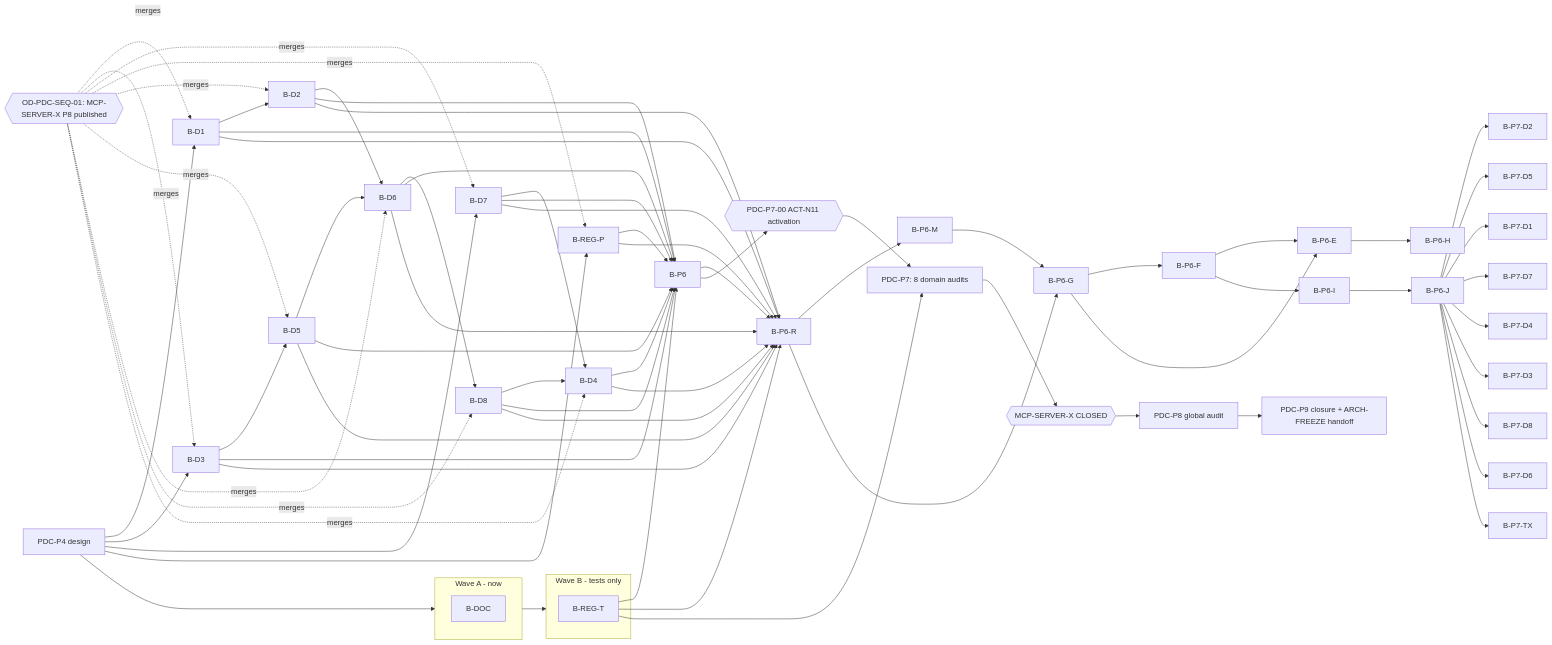
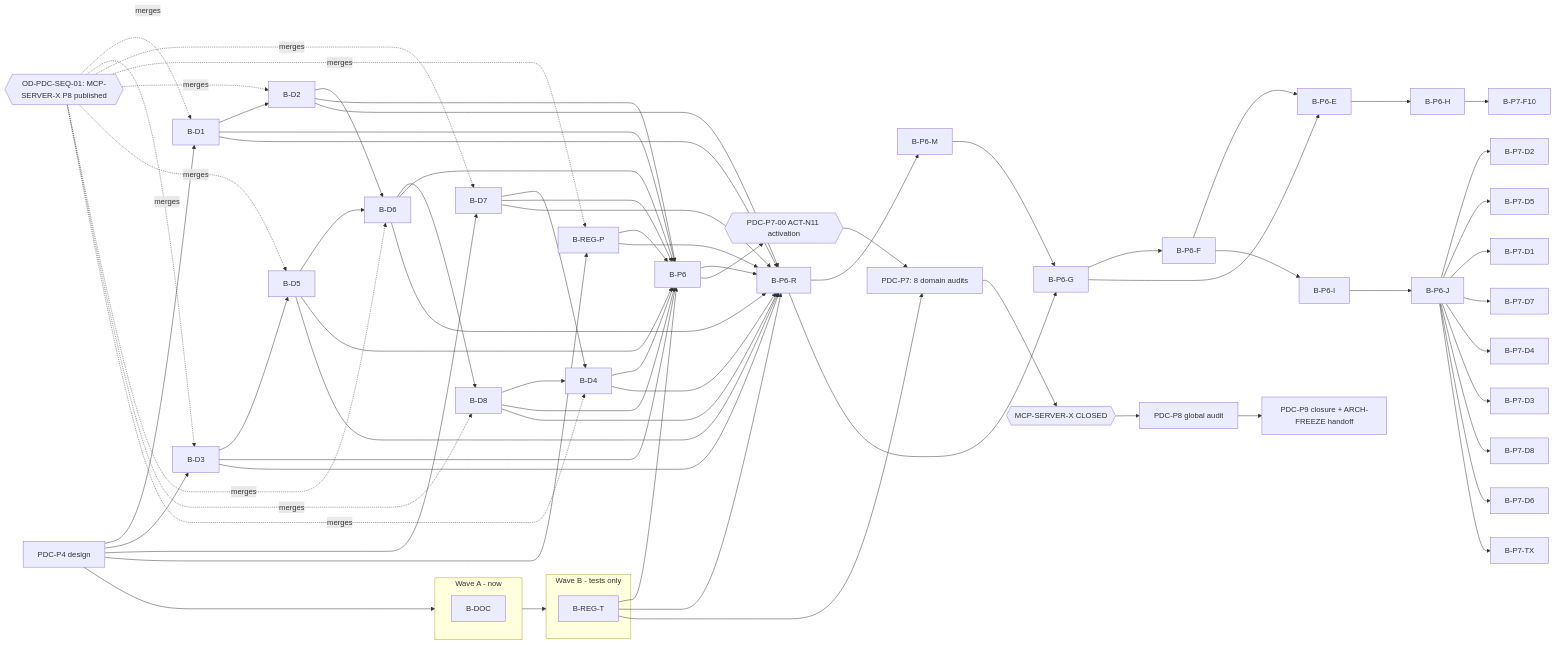
The diagram in docs/project/maintainers/qualification/platform_domain_completeness/PDC_DEPENDENCY_DAG.md (jakbuczarnecki/intergrax), drawn with Mermaid before and after one commit. The commit also changed other lines of this file and 4 other files, not shown here.

````diff
--- a/docs/project/maintainers/qualification/platform_domain_completeness/PDC_DEPENDENCY_DAG.md
+++ b/docs/project/maintainers/qualification/platform_domain_completeness/PDC_DEPENDENCY_DAG.md
@@ -5,63 +5,64 @@
 ```mermaid
 graph LR
   P4[PDC-P4 design] --> WA
   subgraph WA[Wave A - now]
     B-DOC
   end
   subgraph WB[Wave B - tests only]
     B-REG-T
   end
   WA --> WB
   GATE{{OD-PDC-SEQ-01: MCP-SERVER-X P8 published}}
   B-D1 --> B-D2
   B-D3 --> B-D5
   B-D2 --> B-D6
   B-D5 --> B-D6
   B-D6 --> B-D8
   B-D7 --> B-D4
   B-D8 --> B-D4
   B-D1 --> B-P6
   B-D2 --> B-P6
   B-D3 --> B-P6
   B-D4 --> B-P6
   B-D5 --> B-P6
   B-D6 --> B-P6
   B-D7 --> B-P6
   B-D8 --> B-P6
   B-REG-P --> B-P6
   B-REG-T --> B-P6
   B-D1 --> B-P6-R
   B-D2 --> B-P6-R
   B-D3 --> B-P6-R
   B-D4 --> B-P6-R
   B-D5 --> B-P6-R
   B-D6 --> B-P6-R
   B-D7 --> B-P6-R
   B-D8 --> B-P6-R
   B-REG-P --> B-P6-R
   B-REG-T --> B-P6-R
   B-P6 --> B-P6-R
   B-P6-R --> B-P6-M
   B-P6-R --> B-P6-G
   B-P6-M --> B-P6-G
   B-P6-G --> B-P6-F
   B-P6-G --> B-P6-E
   B-P6-F --> B-P6-E
   B-P6-E --> B-P6-H
   B-P6-F --> B-P6-I
   B-P6-I --> B-P6-J
   B-P6-J --> B-P7-D2
   B-P6-J --> B-P7-D5
   B-P6-J --> B-P7-D1
   B-P6-J --> B-P7-D7
   B-P6-J --> B-P7-D4
   B-P6-J --> B-P7-D3
   B-P6-J --> B-P7-D8
   B-P6-J --> B-P7-D6
   B-P6-J --> B-P7-TX
+  B-P6-H --> B-P7-F10
   P4 --> B-D1 & B-D3 & B-D7 & B-REG-P
   GATE -. merges .-> B-D1 & B-D3 & B-D7 & B-REG-P & B-D2 & B-D5 & B-D6 & B-D8 & B-D4
   B-P6 --> ACT{{PDC-P7-00 ACT-N11 activation}} --> P7[PDC-P7: 8 domain audits]
   B-REG-T --> P7
   P7 --> MCPC{{MCP-SERVER-X CLOSED}} --> P8[PDC-P8 global audit] --> P9[PDC-P9 closure + ARCH-FREEZE handoff]
 ```
````
